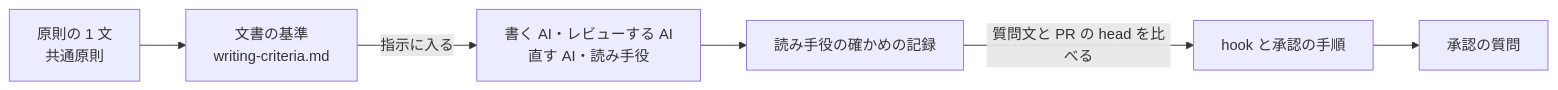
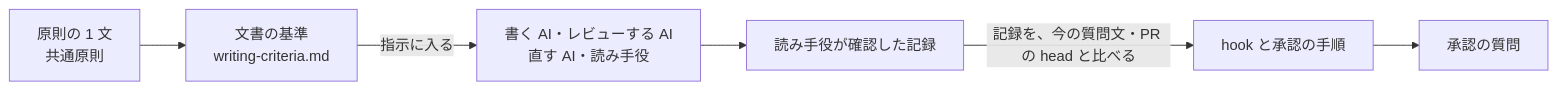
Before and after one commit to devbasex/ai-plugins: the second of 2 diagrams in issues/issue-4285-design.md, drawn with Mermaid. The commit also changed other lines of this file and 2 other files, not shown here.

````diff
--- a/issues/issue-4285-design.md
+++ b/issues/issue-4285-design.md
@@ -38,8 +38,8 @@
 ```mermaid
 flowchart LR
     P["原則の 1 文<br/>共通原則"] --> R["文書の基準<br/>writing-criteria.md"]
     R -->|指示に入る| W["書く AI・レビューする AI<br/>直す AI・読み手役"]
-    W --> K["読み手役の確かめの記録"]
-    K -->|質問文と PR の head を比べる| H["hook と承認の手順"]
+    W --> K["読み手役が確認した記録"]
+    K -->|記録を、今の質問文・PR の head と比べる| H["hook と承認の手順"]
     H --> Q["承認の質問"]
 ```
````
